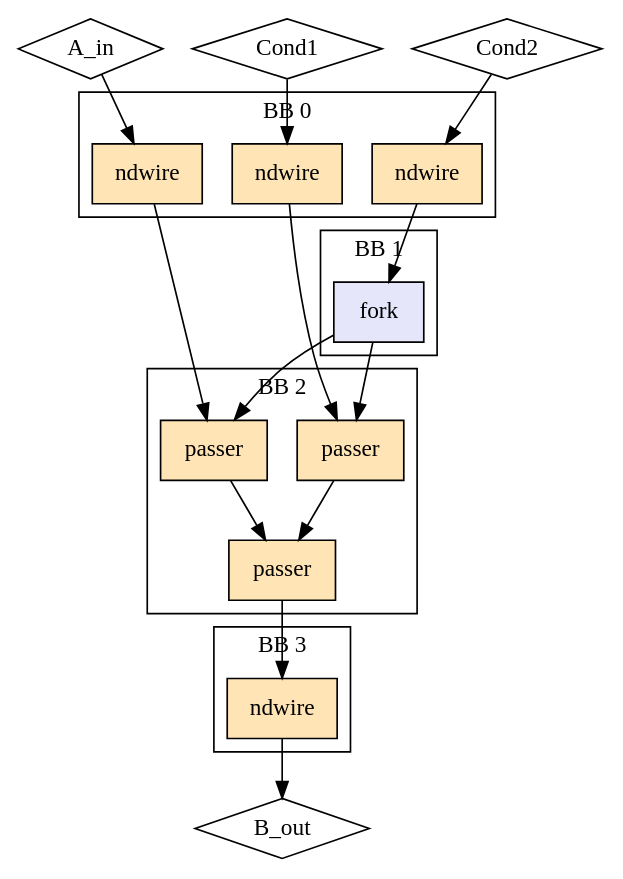
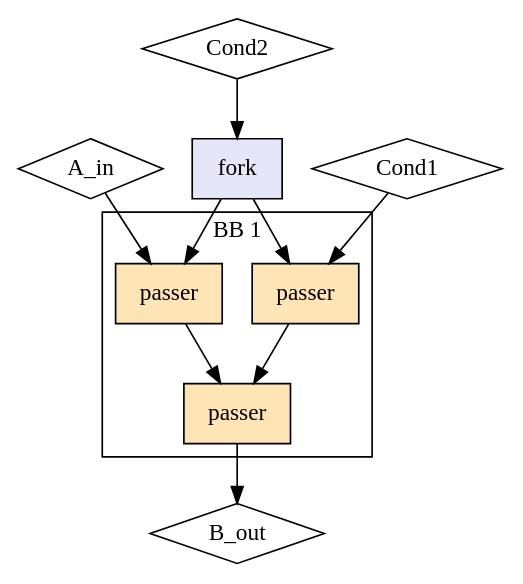
The diagram in experimental/tools/elastic-miter/out/unify_sup/lhs_reachability/model.dot (EPFL-LAP/dynamatic), drawn with Graphviz before and after one commit. The commit also changed 932 other files, not shown here.

```diff
--- a/experimental/tools/elastic-miter/out/unify_sup/lhs_reachability/model.dot
+++ b/experimental/tools/elastic-miter/out/unify_sup/lhs_reachability/model.dot
@@ -1,40 +1,23 @@
 Digraph G {
   splines=spline
   compound=true
   "A_in" ["style"="solid", "shape"="diamond", "label"="A_in", "mlir_op"="handshake.func"]
   "Cond1" ["style"="solid", "shape"="diamond", "label"="Cond1", "mlir_op"="handshake.func"]
   "Cond2" ["style"="solid", "shape"="diamond", "label"="Cond2", "mlir_op"="handshake.func"]
   "B_out" ["style"="solid", "shape"="diamond", "label"="B_out", "mlir_op"="handshake.func"]
-  "A_in" -> "ndw_in_A_in" ["dir"="both", "style"="solid", "arrowhead"="normal", "from_idx"="0", "to"="ins", "arrowtail"="none", "from"="A_in", "to_idx"="0"]
-  "Cond1" -> "ndw_in_Cond1" ["dir"="both", "style"="solid", "arrowhead"="normal", "from_idx"="1", "to"="ins", "arrowtail"="none", "from"="Cond1", "to_idx"="0"]
-  "Cond2" -> "ndw_in_Cond2" ["dir"="both", "style"="solid", "arrowhead"="normal", "from_idx"="2", "to"="ins", "arrowtail"="none", "from"="Cond2", "to_idx"="0"]
-  "ndw_in_A_in" -> "passer2" ["dir"="both", "style"="solid", "arrowhead"="normal", "from_idx"="0", "to"="data", "arrowtail"="none", "from"="outs", "to_idx"="0"]
-  "ndw_in_Cond1" -> "passer1" ["dir"="both", "style"="solid", "arrowhead"="normal", "from_idx"="0", "to"="data", "arrowtail"="none", "from"="outs", "to_idx"="0"]
-  "ndw_in_Cond2" -> "vm_fork_2" ["dir"="both", "style"="solid", "arrowhead"="normal", "from_idx"="0", "to"="ins", "arrowtail"="none", "from"="outs", "to_idx"="0"]
-  "ndw_out_B_out" -> "B_out" ["dir"="both", "style"="solid", "arrowhead"="normal", "from_idx"="0", "to"="B_out", "arrowtail"="none", "from"="outs", "to_idx"="0"]
-  "vm_fork_2" -> "passer1" ["dir"="both", "style"="solid", "arrowhead"="normal", "from_idx"="0", "to"="ctrl", "arrowtail"="none", "from"="outs_0", "to_idx"="1"]
-  "vm_fork_2" -> "passer2" ["dir"="both", "style"="solid", "arrowhead"="normal", "from_idx"="1", "to"="ctrl", "arrowtail"="none", "from"="outs_1", "to_idx"="1"]
-  "passer3" -> "ndw_out_B_out" ["dir"="both", "style"="solid", "arrowhead"="normal", "from_idx"="0", "to"="ins", "arrowtail"="none", "from"="result", "to_idx"="0"]
-  subgraph cluster0 {
-    graph ["label"="BB 0"]
-    "ndw_in_A_in" ["style"="filled", "fillcolor"="moccasin", "shape"="box", "label"="ndwire", "mlir_op"="handshake.ndwire"]
-    "ndw_in_Cond1" ["style"="filled", "fillcolor"="moccasin", "shape"="box", "label"="ndwire", "mlir_op"="handshake.ndwire"]
-    "ndw_in_Cond2" ["style"="filled", "fillcolor"="moccasin", "shape"="box", "label"="ndwire", "mlir_op"="handshake.ndwire"]
-  }
-  subgraph cluster3 {
-    graph ["label"="BB 3"]
-    "ndw_out_B_out" ["style"="filled", "fillcolor"="moccasin", "shape"="box", "label"="ndwire", "mlir_op"="handshake.ndwire"]
-  }
+  "fork_cond2" ["style"="filled", "fillcolor"="lavender", "shape"="box", "label"="fork", "mlir_op"="handshake.fork"]
+  "A_in" -> "passer2" ["dir"="both", "style"="solid", "arrowhead"="normal", "from_idx"="0", "to"="data", "arrowtail"="none", "from"="A_in", "to_idx"="0"]
+  "Cond1" -> "passer1" ["dir"="both", "style"="solid", "arrowhead"="normal", "from_idx"="1", "to"="data", "arrowtail"="none", "from"="Cond1", "to_idx"="0"]
+  "Cond2" -> "fork_cond2" ["dir"="both", "style"="solid", "arrowhead"="normal", "from_idx"="2", "to"="ins", "arrowtail"="none", "from"="Cond2", "to_idx"="0"]
+  "fork_cond2" -> "passer1" ["dir"="both", "style"="solid", "arrowhead"="normal", "from_idx"="0", "to"="ctrl", "arrowtail"="none", "from"="outs_0", "to_idx"="1"]
+  "fork_cond2" -> "passer2" ["dir"="both", "style"="solid", "arrowhead"="normal", "from_idx"="1", "to"="ctrl", "arrowtail"="none", "from"="outs_1", "to_idx"="1"]
+  "passer3" -> "B_out" ["dir"="both", "style"="solid", "arrowhead"="normal", "from_idx"="0", "to"="B_out", "arrowtail"="none", "from"="result", "to_idx"="0"]
   subgraph cluster1 {
     graph ["label"="BB 1"]
-    "vm_fork_2" ["style"="filled", "fillcolor"="lavender", "shape"="box", "label"="fork", "mlir_op"="handshake.fork"]
-  }
-  subgraph cluster2 {
-    graph ["label"="BB 2"]
     "passer1" ["style"="filled", "fillcolor"="moccasin", "shape"="box", "label"="passer", "mlir_op"="handshake.passer"]
     "passer2" ["style"="filled", "fillcolor"="moccasin", "shape"="box", "label"="passer", "mlir_op"="handshake.passer"]
     "passer3" ["style"="filled", "fillcolor"="moccasin", "shape"="box", "label"="passer", "mlir_op"="handshake.passer"]
     "passer1" -> "passer3" ["dir"="both", "style"="solid", "arrowhead"="normal", "from_idx"="0", "to"="ctrl", "arrowtail"="none", "from"="result", "to_idx"="1"]
     "passer2" -> "passer3" ["dir"="both", "style"="solid", "arrowhead"="normal", "from_idx"="0", "to"="data", "arrowtail"="none", "from"="result", "to_idx"="0"]
   }
 }
```
